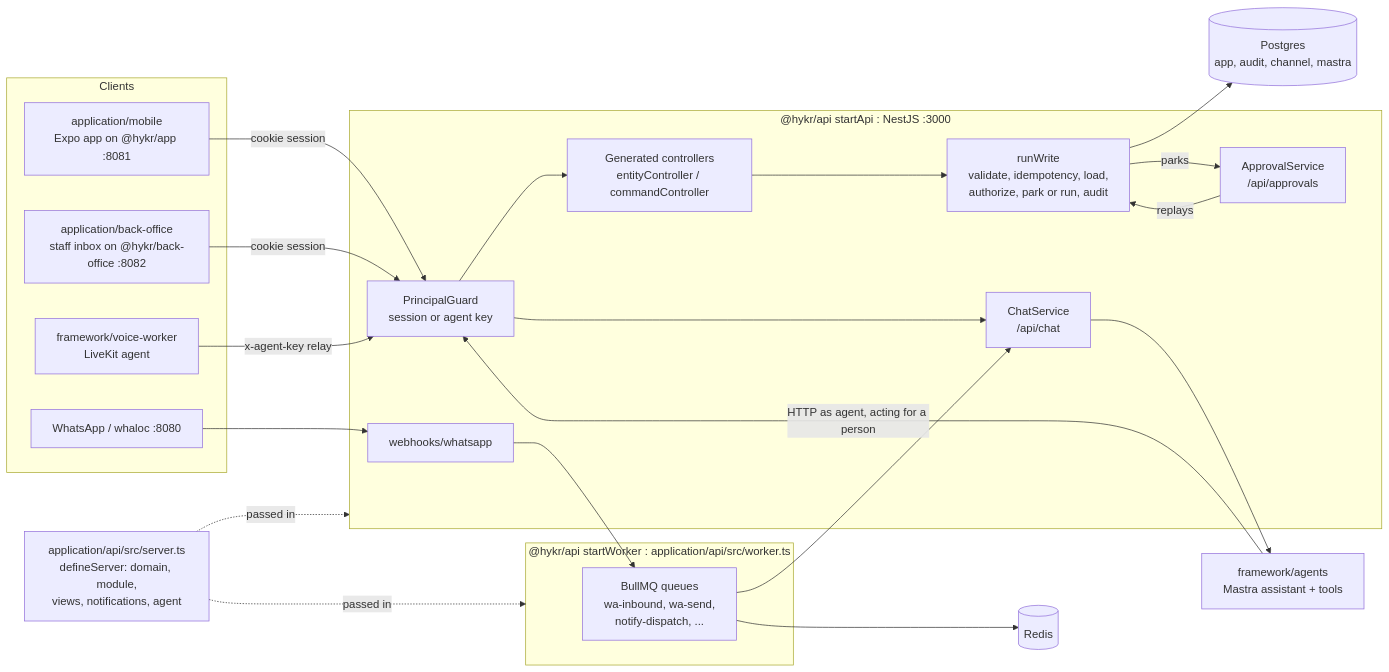
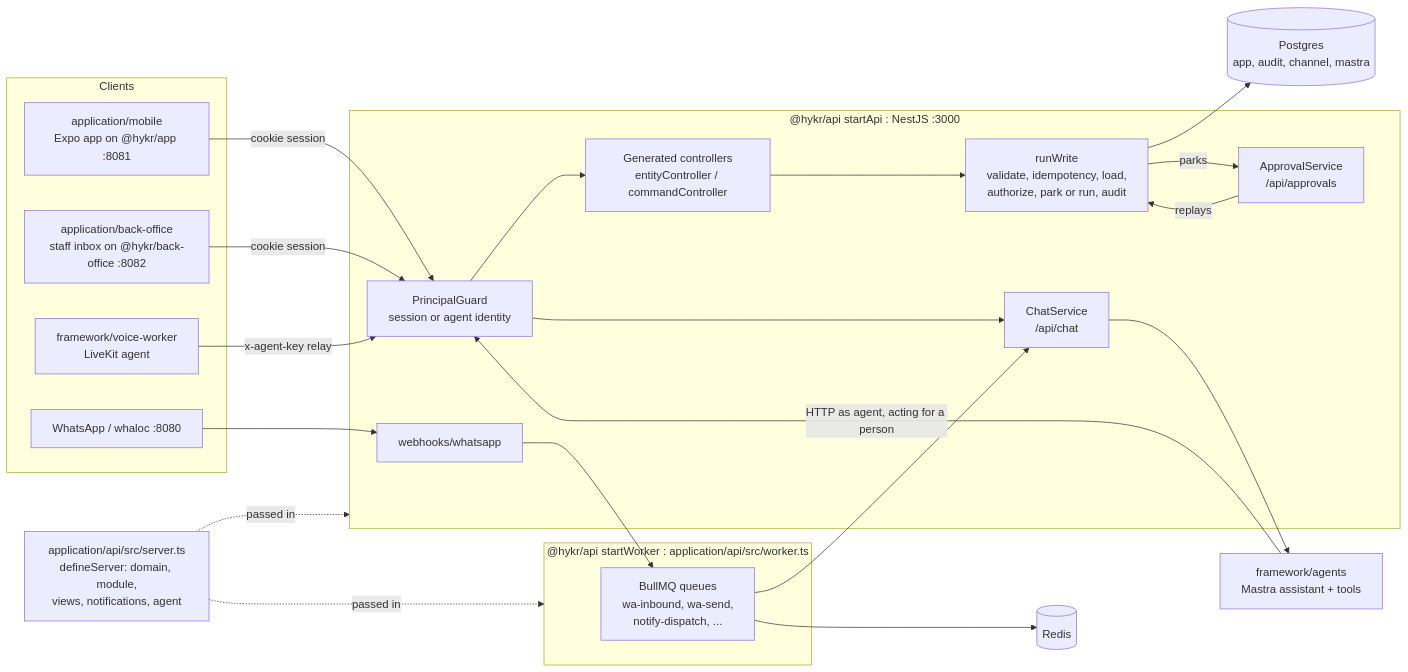
One commit to hykr-studio/basecamp changed the diagram in docs/developer-guide.md. Above: the diagram before and after it, drawn with Mermaid. The commit also changed other lines of this file and 2 other files, not shown here.

Commit message:
F4: docs: roles and capabilities, agents, system principal, settings cache

````diff
--- a/docs/developer-guide.md
+++ b/docs/developer-guide.md
@@ -37,43 +37,43 @@
 ```mermaid
 flowchart LR
   subgraph Clients
     M["application/mobile<br/>Expo app on @hykr/app :8081"]
     B["application/back-office<br/>staff inbox on @hykr/back-office :8082"]
     V[framework/voice-worker<br/>LiveKit agent]
     W[WhatsApp / whaloc :8080]
   end
 
   D[application/api/src/server.ts<br/>defineServer: domain, module,<br/>views, notifications, agent]
 
   subgraph API["@hykr/api startApi : NestJS :3000"]
-    G[PrincipalGuard<br/>session or agent key]
+    G[PrincipalGuard<br/>session or agent identity]
     C[Generated controllers<br/>entityController / commandController]
     CH[ChatService<br/>/api/chat]
     RW[runWrite<br/>validate, idempotency, load,<br/>authorize, park or run, audit]
     AP[ApprovalService<br/>/api/approvals]
     WH[webhooks/whatsapp]
   end
 
   subgraph Worker["@hykr/api startWorker : application/api/src/worker.ts"]
     Q[BullMQ queues<br/>wa-inbound, wa-send,<br/>notify-dispatch, ...]
   end
 
   A[framework/agents<br/>Mastra assistant + tools]
   PG[(Postgres<br/>app, audit, channel, mastra)]
   R[(Redis)]
 
   D -.->|passed in| API
   D -.->|passed in| Worker
   M -->|cookie session| G
   B -->|cookie session| G
   V -->|x-agent-key relay| G
   W --> WH --> Q
   Q --> CH
   G --> C --> RW
   G --> CH --> A
   A -->|HTTP as agent, acting for a person| G
   RW --> PG
   RW -->|parks| AP
   AP -->|replays| RW
   Q --> R
 ```
````
